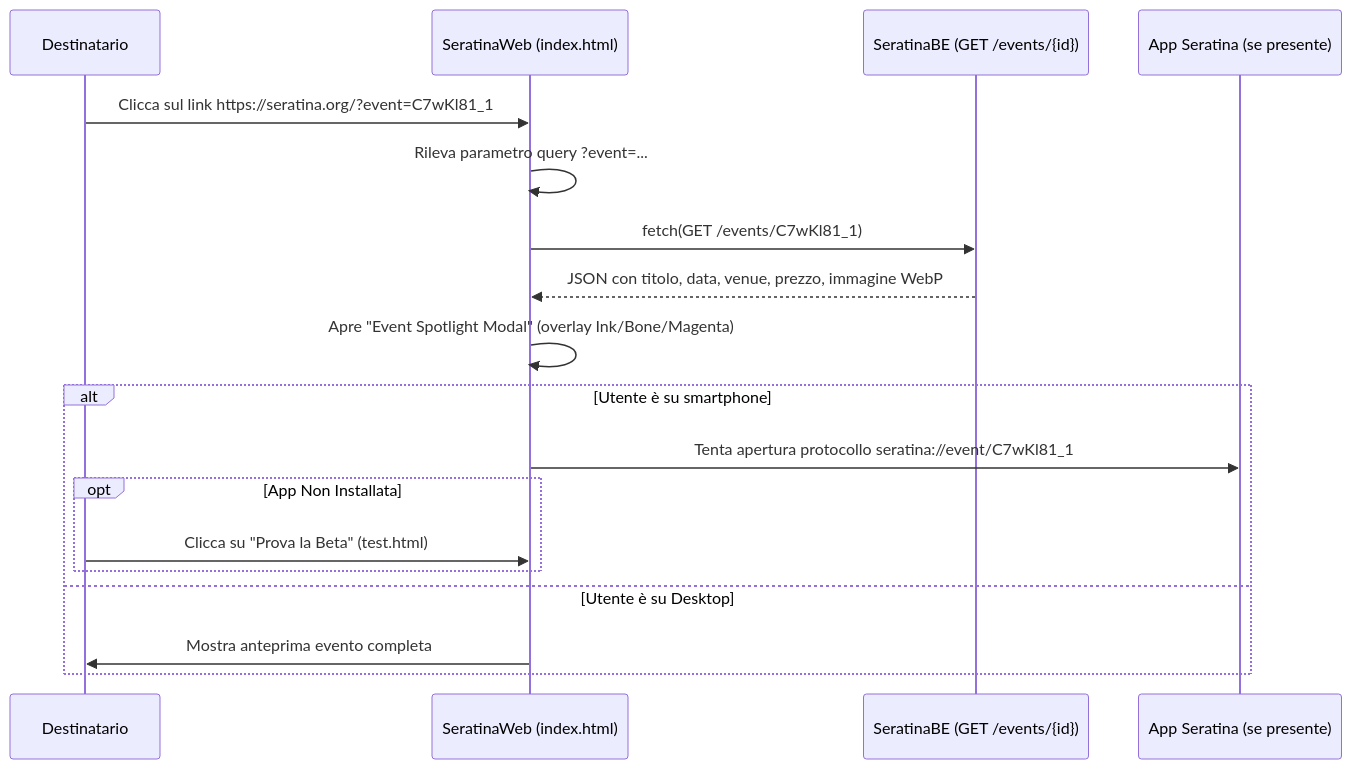
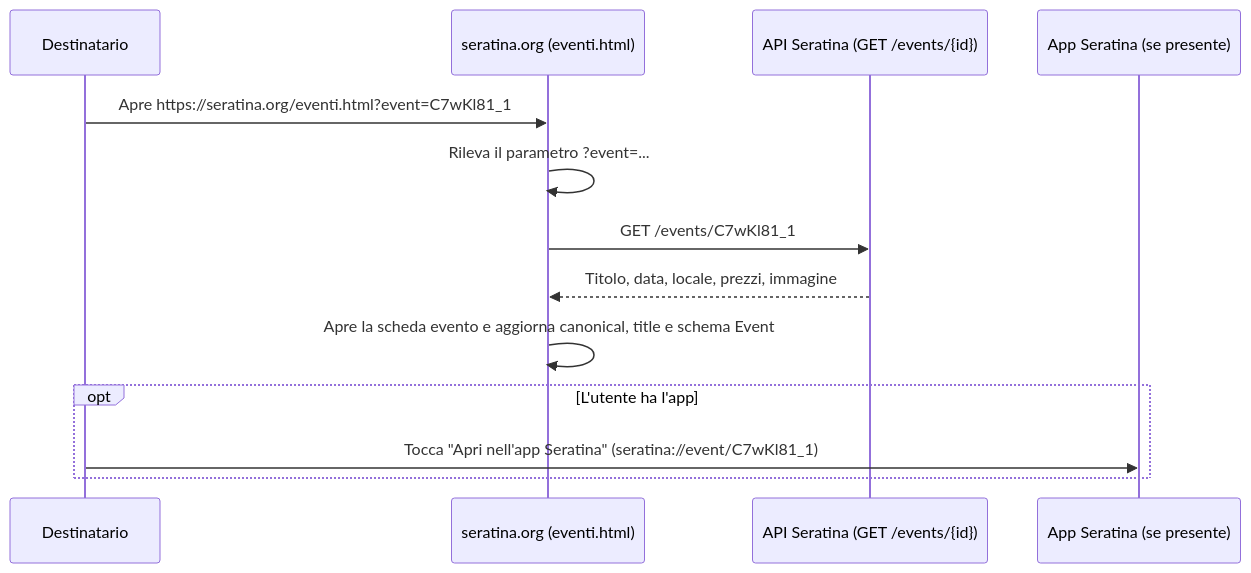
Before and after one commit to AvengersDevDreamTeam/SeratinaWeb: the diagram in docs/deep-linking.md, drawn with Mermaid. The commit also changed other lines of this file and 9 other files, not shown here.

````diff
--- a/docs/deep-linking.md
+++ b/docs/deep-linking.md
@@ -25,22 +21,16 @@
 ```mermaid
 sequenceDiagram
     participant User as Destinatario
-    participant Web as SeratinaWeb (index.html)
-    participant BE as SeratinaBE (GET /events/{id})
+    participant Web as seratina.org (eventi.html)
+    participant API as API Seratina (GET /events/{id})
     participant App as App Seratina (se presente)
 
-    User->>Web: Clicca sul link https://seratina.org/?event=C7wKl81_1
-    Web->>Web: Rileva parametro query ?event=...
-    Web->>BE: fetch(GET /events/C7wKl81_1)
-    BE-->>Web: JSON con titolo, data, venue, prezzo, immagine WebP
-    Web->>Web: Apre "Event Spotlight Modal" (overlay Ink/Bone/Magenta)
-    
-    alt Utente è su smartphone
-        Web->>App: Tenta apertura protocollo seratina://event/C7wKl81_1
-        opt App Non Installata
-            User->>Web: Clicca su "Prova la Beta" (test.html)
-        end
-    else Utente è su Desktop
-        Web->>User: Mostra anteprima evento completa
+    User->>Web: Apre https://seratina.org/eventi.html?event=C7wKl81_1
+    Web->>Web: Rileva il parametro ?event=...
+    Web->>API: GET /events/C7wKl81_1
+    API-->>Web: Titolo, data, locale, prezzi, immagine
+    Web->>Web: Apre la scheda evento e aggiorna canonical, title e schema Event
+    opt L'utente ha l'app
+        User->>App: Tocca "Apri nell'app Seratina" (seratina://event/C7wKl81_1)
     end
 ```
````
